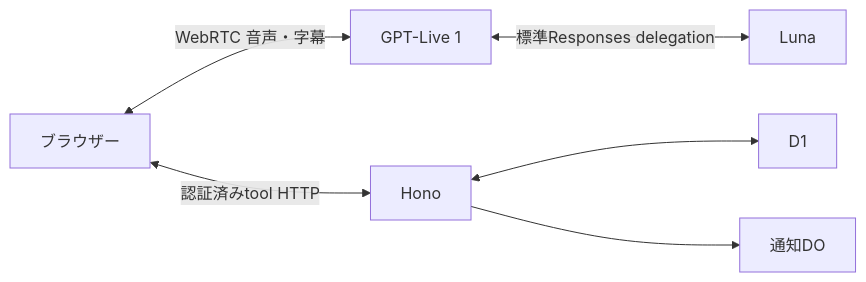
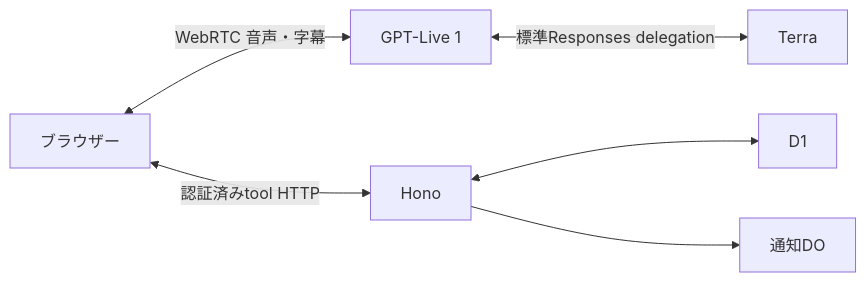
The diagram in docs/voice/integration.md (kit-codex-hack-fes-2026/tablecast-poc), drawn with Mermaid before and after one commit. The commit also changed other lines of this file and 44 other files, not shown here.

````diff
--- a/docs/voice/integration.md
+++ b/docs/voice/integration.md
@@ -7,8 +7,8 @@
 ```mermaid
 flowchart LR
     B[ブラウザー] <-->|WebRTC 音声・字幕| L[GPT-Live 1]
-    L <-->|標準Responses delegation| R[Luna]
+    L <-->|標準Responses delegation| R[Terra]
     B <-->|認証済みtool HTTP| H[Hono]
     H <--> D[D1]
     H --> N[通知DO]
 ```
````
